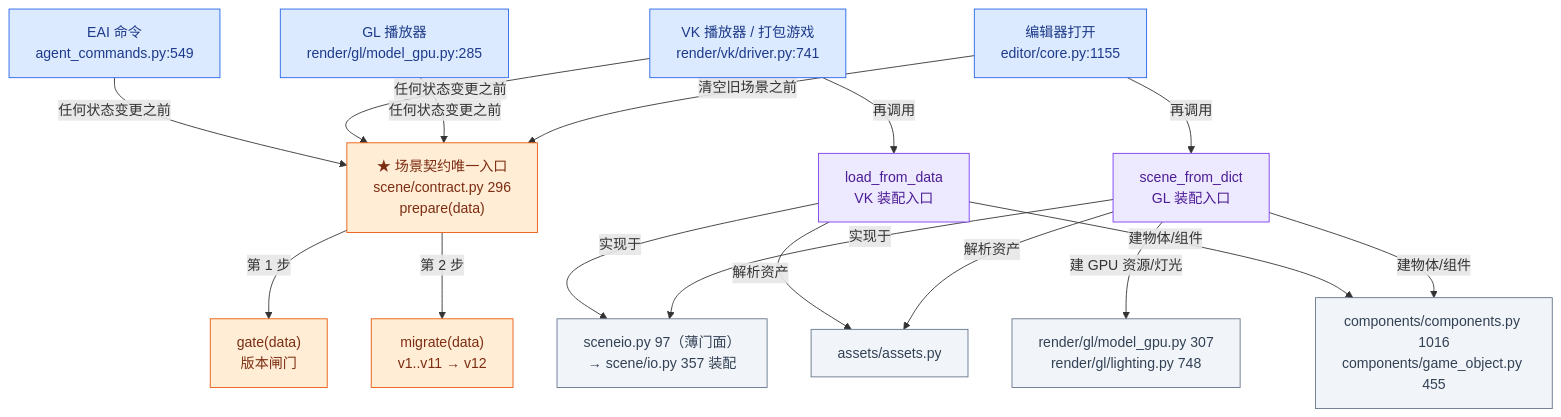
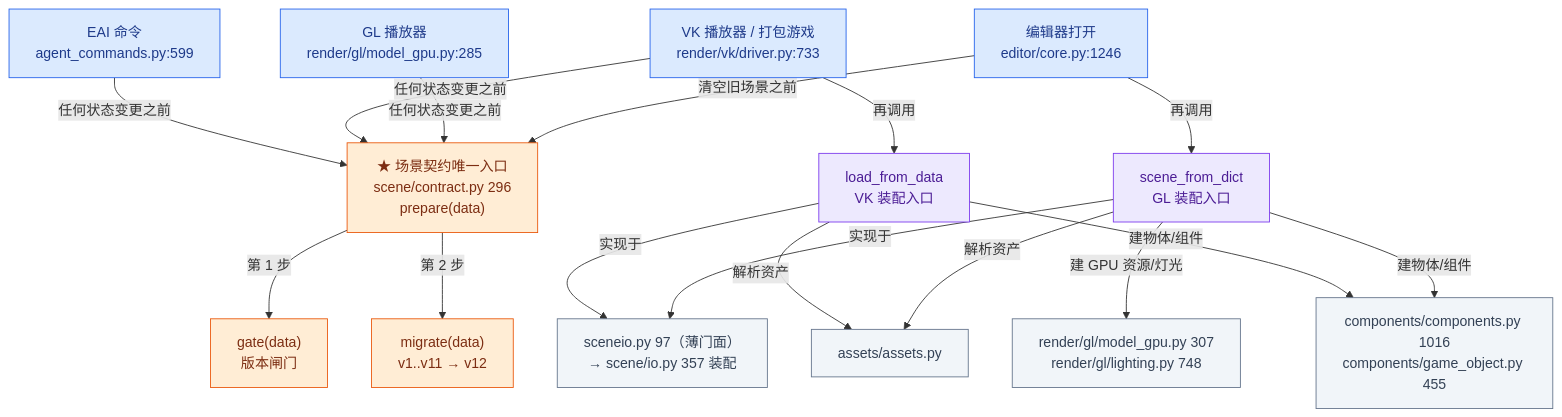
Before and after one commit to lhy302/WeaveEngine: the sixth of 23 diagrams in ARCHITECTURE.md, drawn with Mermaid. The commit also changed other lines of this file, not shown here.

Commit message:
B7-56/B7-57 架构图同步: GUI 全量命令化(7dc6c5b/757071e)+相机挂相机(edf1336) 后按实测刷新 图1/2/2a/2b/4/7/8/11/13/15/16/19 + 横幅 e397c11

````diff
--- a/ARCHITECTURE.md
+++ b/ARCHITECTURE.md
@@ -303,35 +312,35 @@
 ```mermaid
 flowchart TB
-  E1["编辑器打开<br/>editor/core.py:1155"]:::entry
+  E1["编辑器打开<br/>editor/core.py:1246"]:::entry
   E2["GL 播放器<br/>render/gl/model_gpu.py:285"]:::entry
-  E3["VK 播放器 / 打包游戏<br/>render/vk/driver.py:741"]:::entry
-  E4["EAI 命令<br/>agent_commands.py:549"]:::entry
+  E3["VK 播放器 / 打包游戏<br/>render/vk/driver.py:733"]:::entry
+  E4["EAI 命令<br/>agent_commands.py:599"]:::entry
   C["★ 场景契约唯一入口<br/>scene/contract.py 296<br/>prepare(data)"]:::contract
   G1["gate(data)<br/>版本闸门"]:::contract
   G2["migrate(data)<br/>v1..v11 → v12"]:::contract
   A1["scene_from_dict<br/>GL 装配入口"]:::facade
   A2["load_from_data<br/>VK 装配入口"]:::facade
   F1["sceneio.py 97（薄门面）<br/>→ scene/io.py 357 装配"]:::file
   F2["assets/assets.py"]:::file
   F3["components/components.py 1016<br/>components/game_object.py 455"]:::file
   F4["render/gl/model_gpu.py 307<br/>render/gl/lighting.py 748"]:::file
   E1 -->|清空旧场景之前| C
   E2 -->|任何状态变更之前| C
   E3 -->|任何状态变更之前| C
   E4 -->|任何状态变更之前| C
   C -->|第 1 步| G1
   C -->|第 2 步| G2
   E1 -->|再调用| A1
   E3 -->|再调用| A2
   A1 -->|实现于| F1
   A2 -->|实现于| F1
   A1 -->|解析资产| F2
   A2 -->|解析资产| F2
   A1 -->|建物体/组件| F3
   A1 -->|建 GPU 资源/灯光| F4
   A2 -->|建物体/组件| F3
   classDef entry fill:#dbeafe,stroke:#2563eb,color:#1e3a8a
   classDef facade fill:#ede9fe,stroke:#7c3aed,color:#4c1d95
   classDef contract fill:#ffedd5,stroke:#ea580c,color:#7c2d12
   classDef file fill:#f1f5f9,stroke:#64748b,color:#334155
 ```
````
